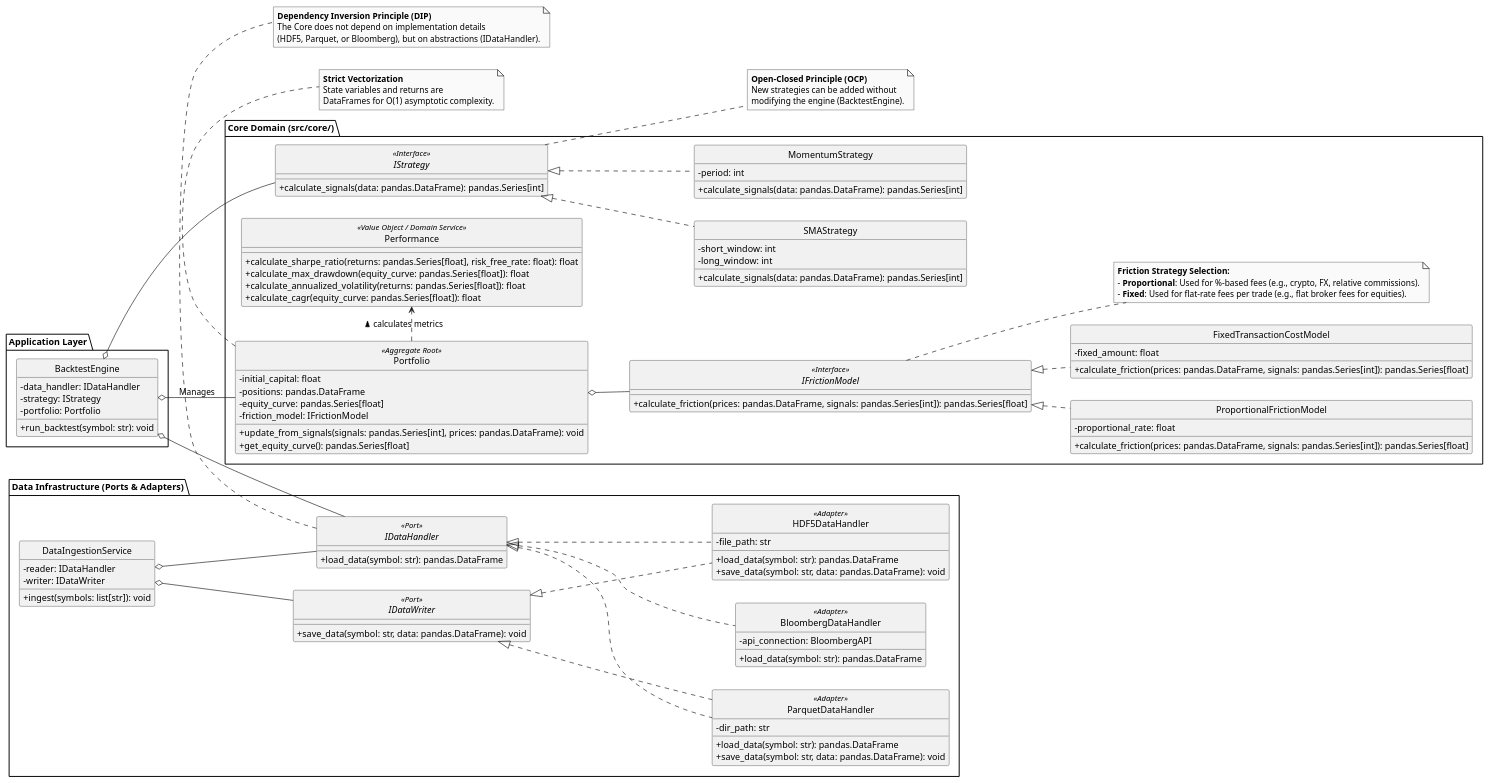
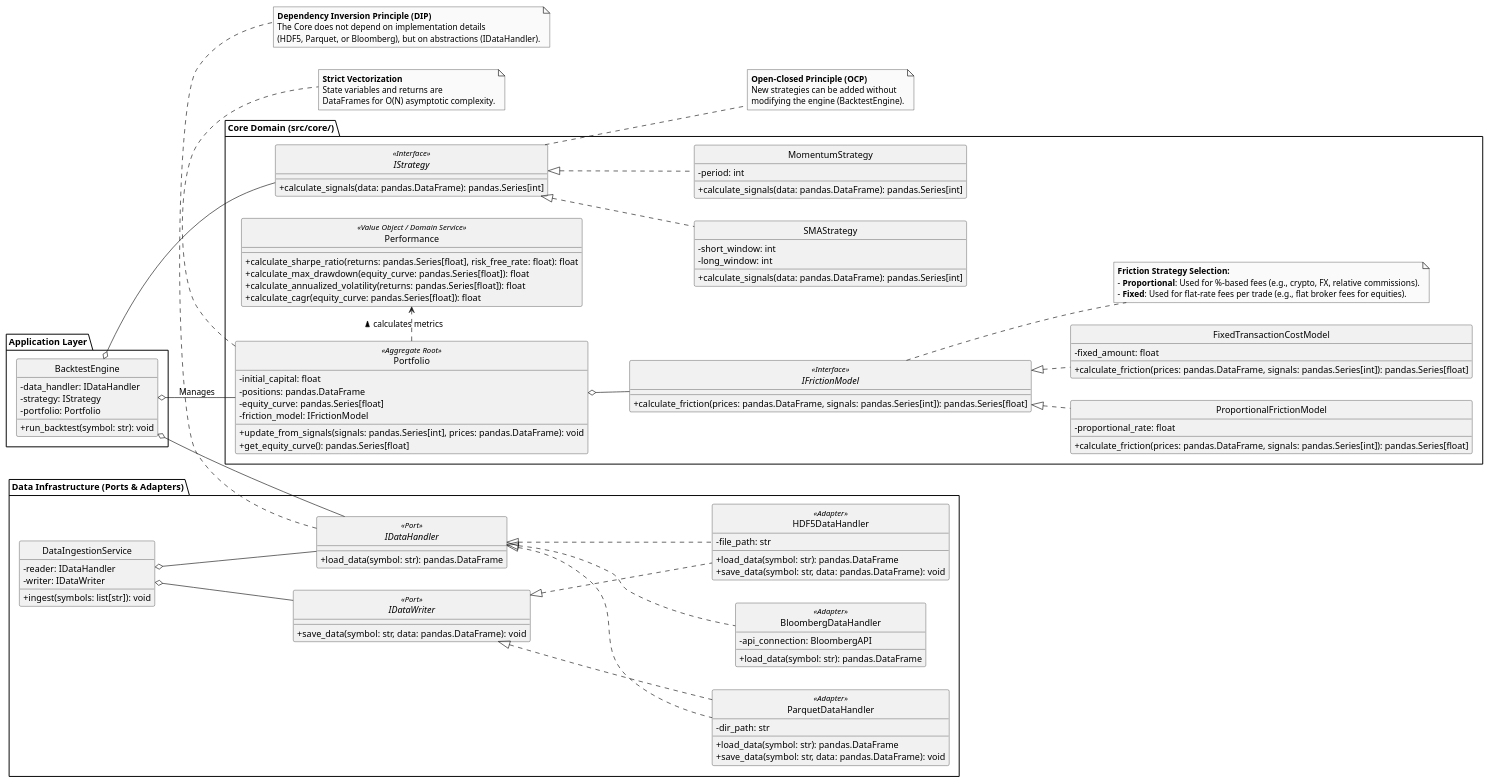
One commit to antoniomachuca/Algorithmic-Trading-Backtester changed the diagram in docs/architecture/class_diagram.puml. Above: the diagram before and after it, drawn with PlantUML. The commit also changed 27 other files, not shown here.

```diff
--- a/docs/architecture/class_diagram.puml
+++ b/docs/architecture/class_diagram.puml
@@ -1,146 +1,146 @@
 @startuml
 skinparam style strictuml
 skinparam classAttributeIconSize 0
 skinparam monochrome true
 left to right direction
 
 
 
 package "Core Domain (src/core/)" {
     
     interface IFrictionModel <<Interface>> {
         + calculate_friction(prices: pandas.DataFrame, signals: pandas.Series[int]): pandas.Series[float]
     }
 
     class ProportionalFrictionModel {
         - proportional_rate: float
         + calculate_friction(prices: pandas.DataFrame, signals: pandas.Series[int]): pandas.Series[float]
     }
 
     class FixedTransactionCostModel {
         - fixed_amount: float
         + calculate_friction(prices: pandas.DataFrame, signals: pandas.Series[int]): pandas.Series[float]
     }
 
     IFrictionModel <|.. ProportionalFrictionModel
     IFrictionModel <|.. FixedTransactionCostModel
 
     note right of IFrictionModel
       **Friction Strategy Selection:**
       - **Proportional**: Used for %-based fees (e.g., crypto, FX, relative commissions).
       - **Fixed**: Used for flat-rate fees per trade (e.g., flat broker fees for equities).
     end note
 
     interface IStrategy <<Interface>> {
         + calculate_signals(data: pandas.DataFrame): pandas.Series[int]
     }
 
     class SMAStrategy {
         - short_window: int
         - long_window: int
         + calculate_signals(data: pandas.DataFrame): pandas.Series[int]
     }
     
     class MomentumStrategy {
         - period: int
         + calculate_signals(data: pandas.DataFrame): pandas.Series[int]
     }
 
     IStrategy <|.. SMAStrategy
     IStrategy <|.. MomentumStrategy
 
     class Portfolio <<Aggregate Root>> {
         - initial_capital: float
         - positions: pandas.DataFrame
         - equity_curve: pandas.Series[float]
         - friction_model: IFrictionModel
         + update_from_signals(signals: pandas.Series[int], prices: pandas.DataFrame): void
         + get_equity_curve(): pandas.Series[float]
     }
 
     class Performance <<Value Object / Domain Service>> {
         + calculate_sharpe_ratio(returns: pandas.Series[float], risk_free_rate: float): float
         + calculate_max_drawdown(equity_curve: pandas.Series[float]): float
         + calculate_annualized_volatility(returns: pandas.Series[float]): float
         + calculate_cagr(equity_curve: pandas.Series[float]): float
     }
 
     Portfolio .right.> Performance : "calculates metrics >"
 }
 
 package "Data Infrastructure (Ports & Adapters)" {
     
     interface IDataHandler <<Port>> {
         + load_data(symbol: str): pandas.DataFrame
     }
 
     interface IDataWriter <<Port>> {
         + save_data(symbol: str, data: pandas.DataFrame): void
     }
 
     class HDF5DataHandler <<Adapter>> {
         - file_path: str
         + load_data(symbol: str): pandas.DataFrame
         + save_data(symbol: str, data: pandas.DataFrame): void
     }
     
     class ParquetDataHandler <<Adapter>> {
         - dir_path: str
         + load_data(symbol: str): pandas.DataFrame
         + save_data(symbol: str, data: pandas.DataFrame): void
     }
 
     class BloombergDataHandler <<Adapter>> {
         - api_connection: BloombergAPI
         + load_data(symbol: str): pandas.DataFrame
     }
 
     IDataHandler <|.. HDF5DataHandler
     IDataWriter <|.. HDF5DataHandler
     IDataHandler <|.. ParquetDataHandler
     IDataWriter <|.. ParquetDataHandler
     IDataHandler <|.. BloombergDataHandler
 
     class DataIngestionService {
         - reader: IDataHandler
         - writer: IDataWriter
         + ingest(symbols: list[str]): void
     }
     
     DataIngestionService o-- IDataHandler
     DataIngestionService o-- IDataWriter
 }
 
 package "Application Layer" {
     class BacktestEngine {
         - data_handler: IDataHandler
         - strategy: IStrategy
         - portfolio: Portfolio
         + run_backtest(symbol: str): void
     }
 }
 
 ' Dependency Inversion Principle (DIP) and Ports & Adapters
 BacktestEngine o-- IDataHandler : ""
 BacktestEngine o-- IStrategy :    ""
 BacktestEngine o-- Portfolio : "Manages"
 Portfolio o-- IFrictionModel : ""
 
 note bottom of IDataHandler
   **Dependency Inversion Principle (DIP)**
   The Core does not depend on implementation details 
   (HDF5, Parquet, or Bloomberg), but on abstractions (IDataHandler).
 end note
 
 note right of IStrategy
   **Open-Closed Principle (OCP)**
   New strategies can be added without
   modifying the engine (BacktestEngine).
 end note
 
 note bottom of Portfolio
   **Strict Vectorization**
   State variables and returns are 
-  DataFrames for O(1) asymptotic complexity.
+  DataFrames for O(N) asymptotic complexity.
 end note
 @enduml
```
